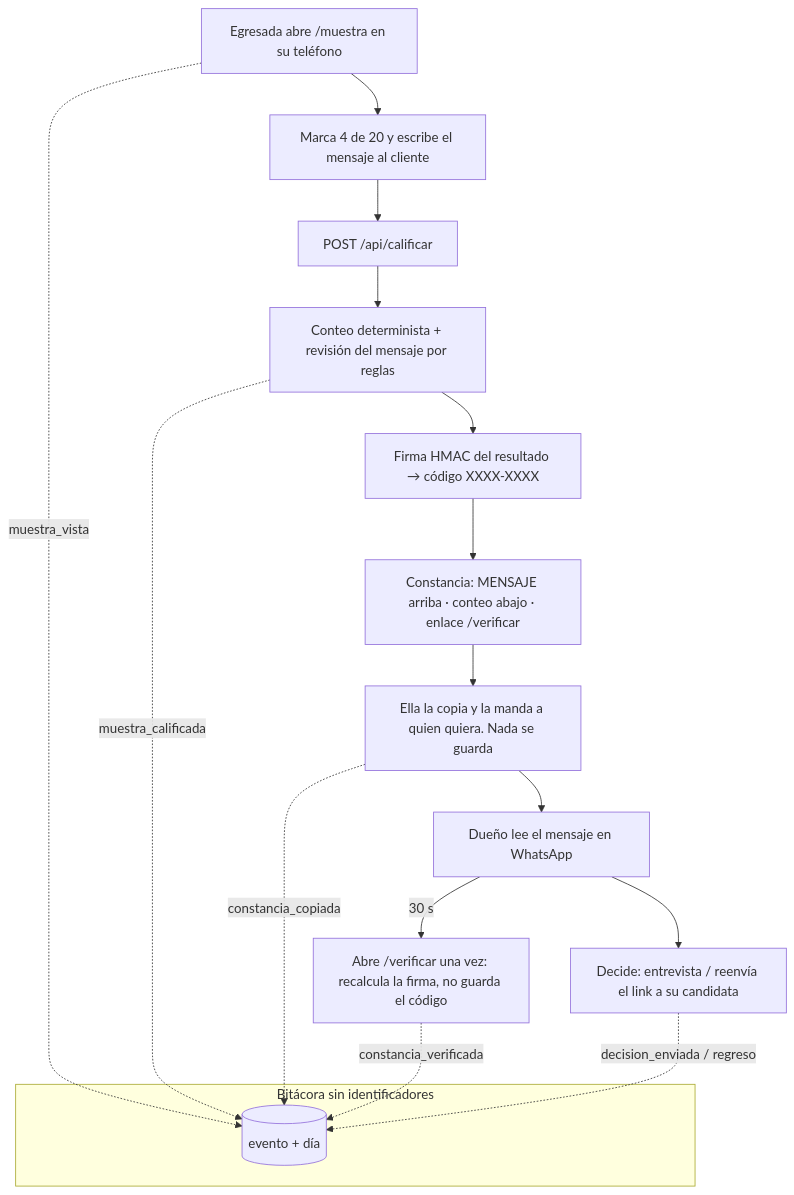
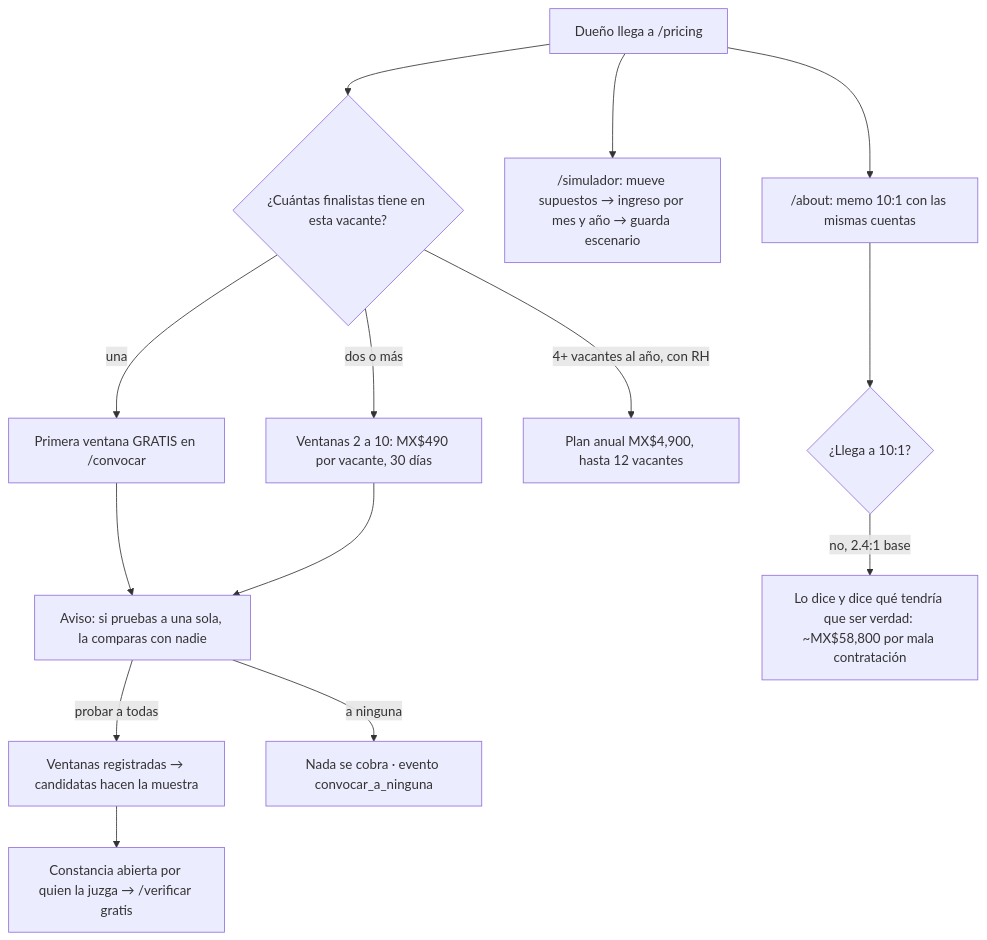
One commit to andresbuildshub/w04-criba changed the first of 2 diagrams in docs/PACKET.md. Above: the diagram before and after it, drawn with Mermaid. The commit also changed other lines of this file and 1 other file, not shown here.

Commit message:
docs(semana 14): packet antes del código — precio por vacante, primera ventana gratis, memo 10:1 que dice 2.4:1, la candidata nunca paga

````diff
--- a/docs/PACKET.md
+++ b/docs/PACKET.md
@@ -31,20 +27,16 @@
 ```mermaid
 flowchart TD
-  A[Egresada abre /muestra en su teléfono] --> B[Marca 4 de 20 y escribe el mensaje al cliente]
-  B --> C[POST /api/calificar]
-  C --> D[Conteo determinista + revisión del mensaje por reglas]
-  D --> E[Firma HMAC del resultado → código XXXX-XXXX]
-  E --> F[Constancia: MENSAJE arriba · conteo abajo · enlace /verificar]
-  F --> G[Ella la copia y la manda a quien quiera. Nada se guarda]
-  G --> H[Dueño lee el mensaje en WhatsApp]
-  H -->|30 s| I[Abre /verificar una vez: recalcula la firma, no guarda el código]
-  H --> J[Decide: entrevista / reenvía el link a su candidata]
-  subgraph LOG[Bitácora sin identificadores]
-    K[(evento + día)]
-  end
-  A -. muestra_vista .-> K
-  D -. muestra_calificada .-> K
-  G -. constancia_copiada .-> K
-  I -. constancia_verificada .-> K
-  J -. decision_enviada / regreso .-> K
+  A["Dueño llega a /pricing"] --> B{¿Cuántas finalistas tiene en esta vacante?}
+  B -- una --> C["Primera ventana GRATIS en /convocar"]
+  B -- dos o más --> D[Ventanas 2 a 10: MX$490 por vacante, 30 días]
+  B -- "4+ vacantes al año, con RH" --> E[Plan anual MX$4,900, hasta 12 vacantes]
+  C --> F[Aviso: si pruebas a una sola, la comparas con nadie]
+  D --> F
+  F -- probar a todas --> G[Ventanas registradas → candidatas hacen la muestra]
+  F -- a ninguna --> H[Nada se cobra · evento convocar_a_ninguna]
+  G --> I["Constancia abierta por quien la juzga → /verificar gratis"]
+  A --> J["/simulador: mueve supuestos → ingreso por mes y año → guarda escenario"]
+  A --> K["/about: memo 10:1 con las mismas cuentas"]
+  K --> L{¿Llega a 10:1?}
+  L -- no, 2.4:1 base --> M[Lo dice y dice qué tendría que ser verdad: ~MX$58,800 por mala contratación]
 ```
````
